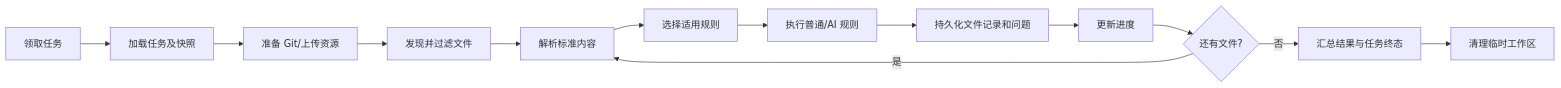
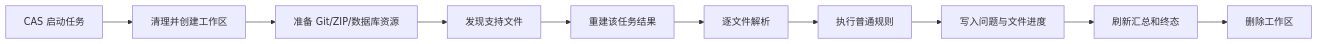
One commit to tjqing/scanning-center changed the fourth of 5 diagrams in ai-agent/spec/扫描中心-代码架构.md. Above: the diagram before and after it, drawn with Mermaid. The commit also changed other lines of this file and 1 other file, not shown here.

````diff
--- a/ai-agent/spec/扫描中心-代码架构.md
+++ b/ai-agent/spec/扫描中心-代码架构.md
@@ -358,15 +167,12 @@
 ```mermaid
 flowchart LR
-    A["领取任务"] --> B["加载任务及快照"]
-    B --> C["准备 Git/上传资源"]
-    C --> D["发现并过滤文件"]
-    D --> E["解析标准内容"]
-    E --> F["选择适用规则"]
-    F --> G["执行普通/AI 规则"]
-    G --> H["持久化文件记录和问题"]
-    H --> I["更新进度"]
-    I --> J{"还有文件?"}
-    J -->|是| E
-    J -->|否| K["汇总结果与任务终态"]
-    K --> L["清理临时工作区"]
+    A["CAS 启动任务"] --> B["清理并创建工作区"]
+    B --> C["准备 Git/ZIP/数据库资源"]
+    C --> D["发现支持文件"]
+    D --> E["重建该任务结果"]
+    E --> F["逐文件解析"]
+    F --> G["执行普通规则"]
+    G --> H["写入问题与文件进度"]
+    H --> I["刷新汇总和终态"]
+    I --> J["删除工作区"]
 ```
````
